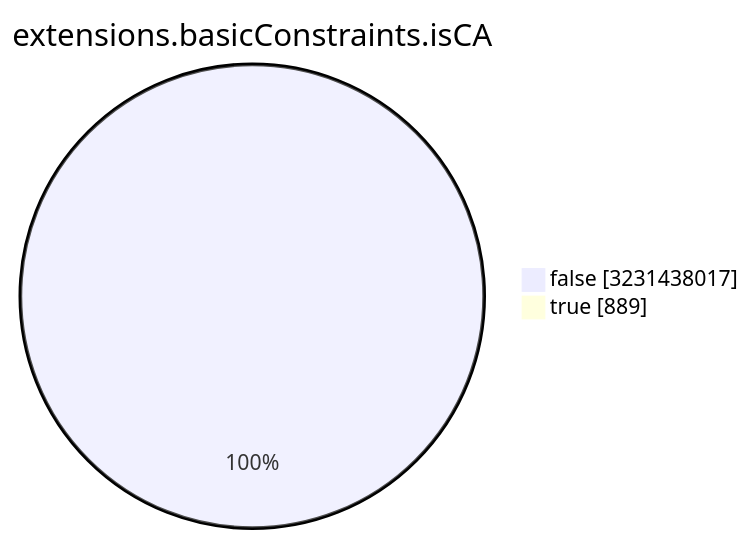
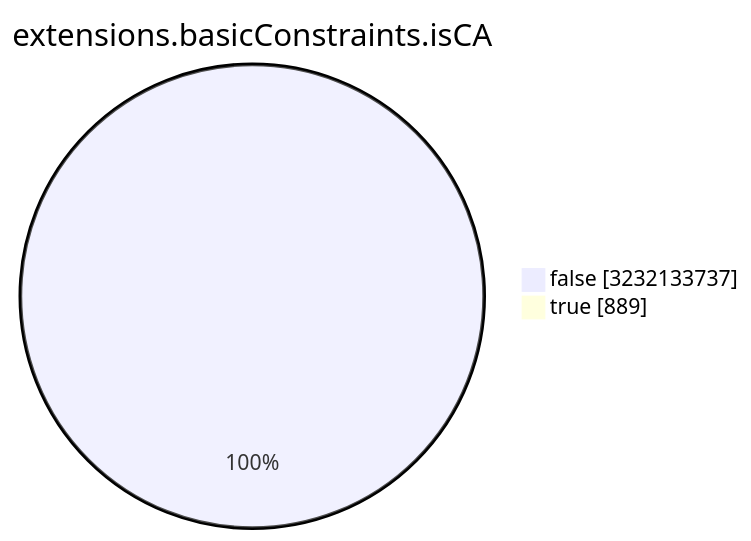
One commit to christiankrug/ctmonitor_visualization changed the seventh of 15 diagrams in TOTAL/README.md. Above: the diagram before and after it, drawn with Mermaid. The commit also changed other lines of this file, not shown here.

````diff
--- a/TOTAL/README.md
+++ b/TOTAL/README.md
@@ -3088,6 +3088,6 @@
 ```mermaid
 pie showData
 title extensions.basicConstraints.isCA
-"false" :3231438017
+"false" :3232133737
 "true" :889
 ```
````
